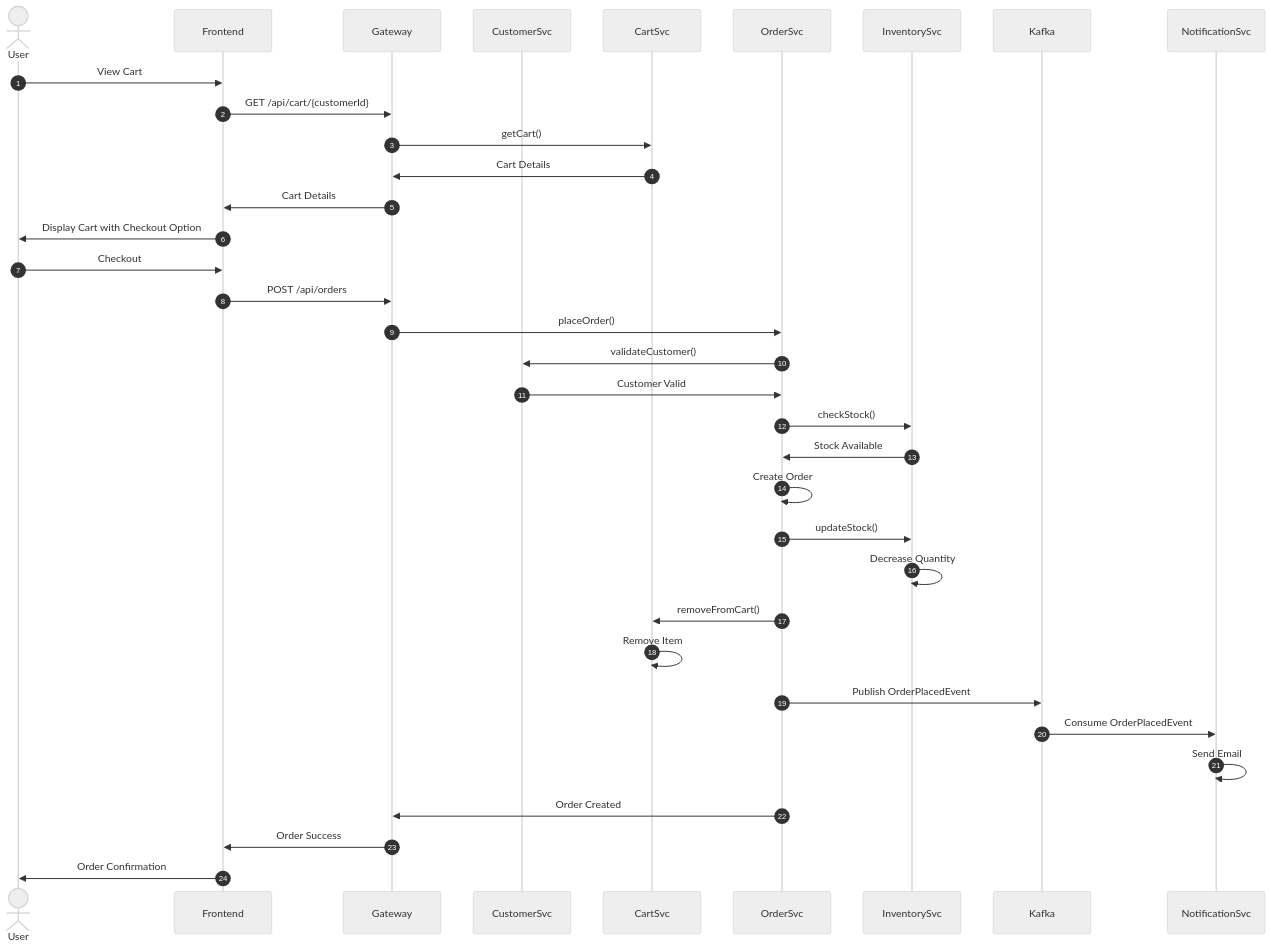
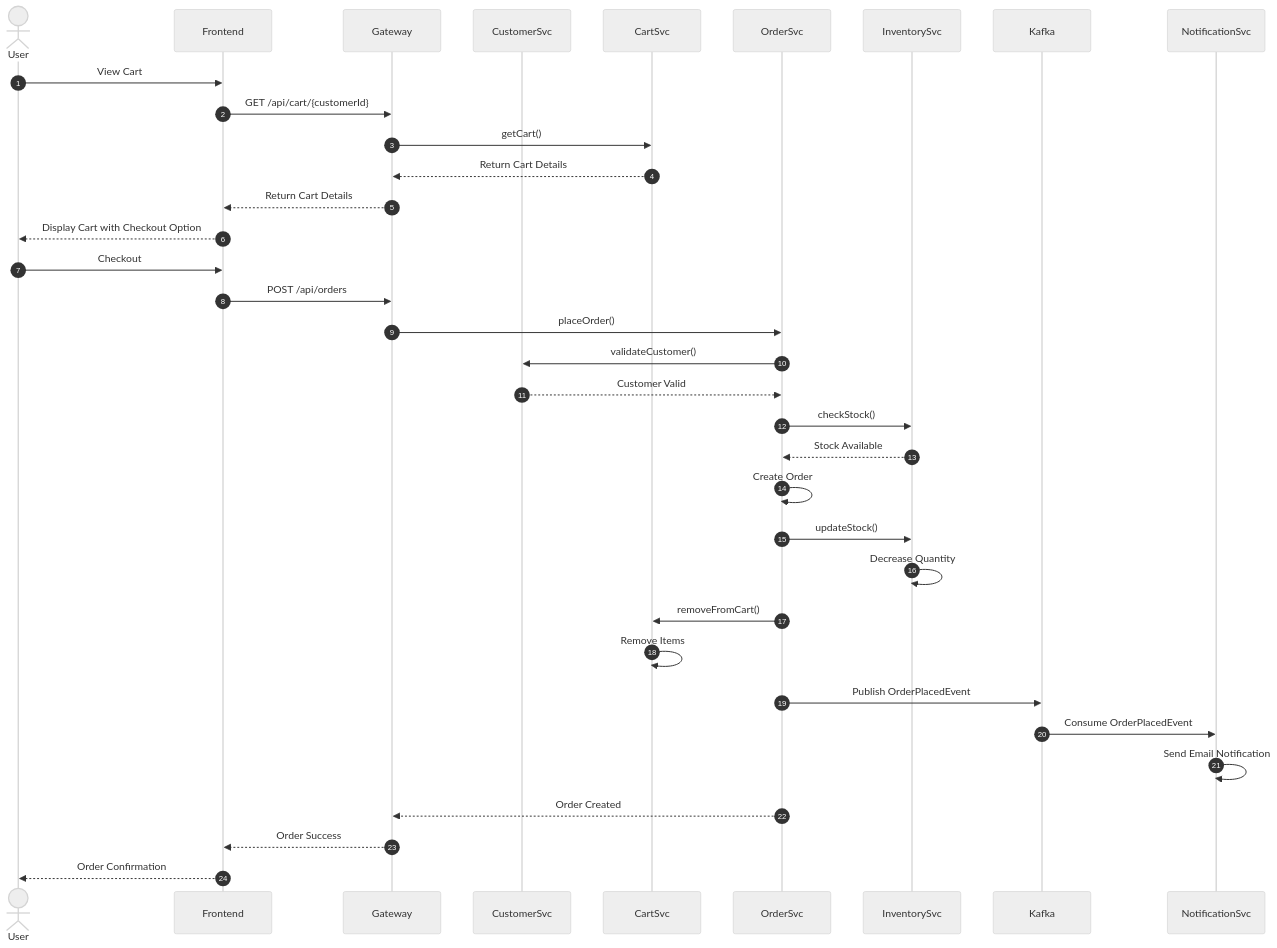
One commit to CongHuaan/linhtinh changed the second of 2 diagrams in test.md. Above: the diagram before and after it, drawn with Mermaid (neutral theme). The commit also changed other lines of this file, not shown here.

````diff
--- a/test.md
+++ b/test.md
@@ -142,58 +119,60 @@
 ```mermaid
 sequenceDiagram
     autonumber
 
+    %% === Participants ===
     actor User
     participant Frontend
     participant Gateway
     participant CustomerSvc
     participant CartSvc
     participant OrderSvc
     participant InventorySvc
     participant Kafka
     participant NotificationSvc
 
-    %% === View Cart and Checkout ===
+    %% === View Cart ===
     User ->> Frontend: View Cart
     Frontend ->> Gateway: GET /api/cart/{customerId}
     Gateway ->> CartSvc: getCart()
-    CartSvc ->> Gateway: Cart Details
-    Gateway ->> Frontend: Cart Details
-    Frontend ->> User: Display Cart with Checkout Option
+    CartSvc -->> Gateway: Return Cart Details
+    Gateway -->> Frontend: Return Cart Details
+    Frontend -->> User: Display Cart with Checkout Option
 
-    %% === Place Order ===
+    %% === Checkout ===
     User ->> Frontend: Checkout
     Frontend ->> Gateway: POST /api/orders
     Gateway ->> OrderSvc: placeOrder()
-    
-    %% === Verify Customer ===
+
+    %% === Validate Customer ===
     OrderSvc ->> CustomerSvc: validateCustomer()
-    CustomerSvc ->> OrderSvc: Customer Valid
-    
+    CustomerSvc -->> OrderSvc: Customer Valid
+
     %% === Check Inventory ===
     OrderSvc ->> InventorySvc: checkStock()
-    InventorySvc ->> OrderSvc: Stock Available
-    
+    InventorySvc -->> OrderSvc: Stock Available
+
     %% === Create Order ===
     OrderSvc ->> OrderSvc: Create Order
-    
+
     %% === Update Inventory ===
     OrderSvc ->> InventorySvc: updateStock()
     InventorySvc ->> InventorySvc: Decrease Quantity
-    
-    %% === Remove from Cart ===
+
+    %% === Remove Items from Cart ===
     OrderSvc ->> CartSvc: removeFromCart()
-    CartSvc ->> CartSvc: Remove Item
-    
-    %% === Send Order Event ===
+    CartSvc ->> CartSvc: Remove Items
+
+    %% === Publish Order Event ===
     OrderSvc ->> Kafka: Publish OrderPlacedEvent
-    
-    %% === Process Notification ===
+
+    %% === Send Notification ===
     Kafka ->> NotificationSvc: Consume OrderPlacedEvent
-    NotificationSvc ->> NotificationSvc: Send Email
-    
-    %% === Return Result ===
-    OrderSvc ->> Gateway: Order Created
-    Gateway ->> Frontend: Order Success
-    Frontend ->> User: Order Confirmation
+    NotificationSvc ->> NotificationSvc: Send Email Notification
+
+    %% === Return Order Result ===
+    OrderSvc -->> Gateway: Order Created
+    Gateway -->> Frontend: Order Success
+    Frontend -->> User: Order Confirmation
+
 ```
````
